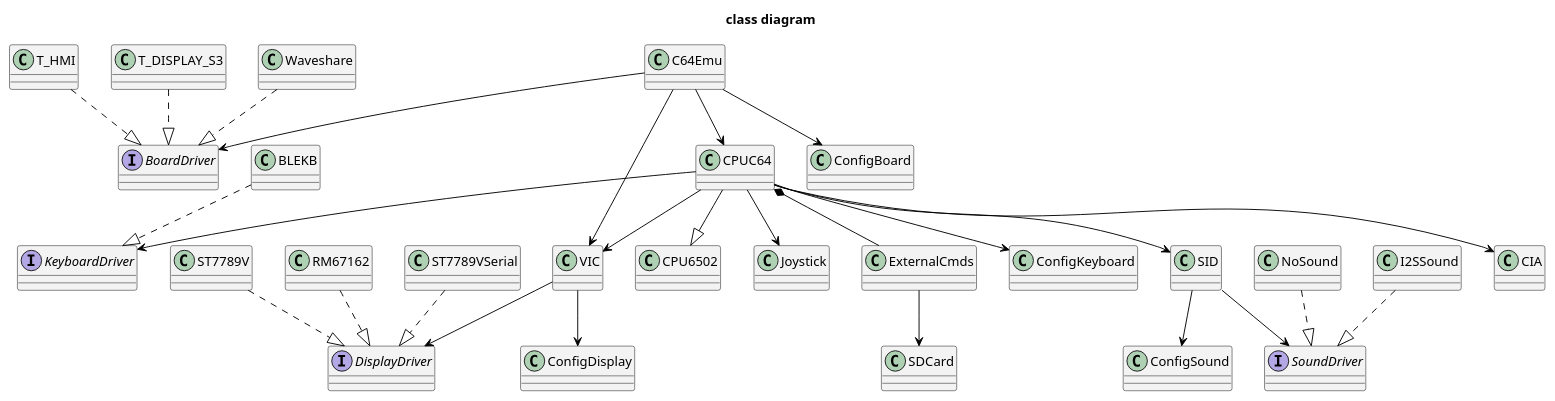
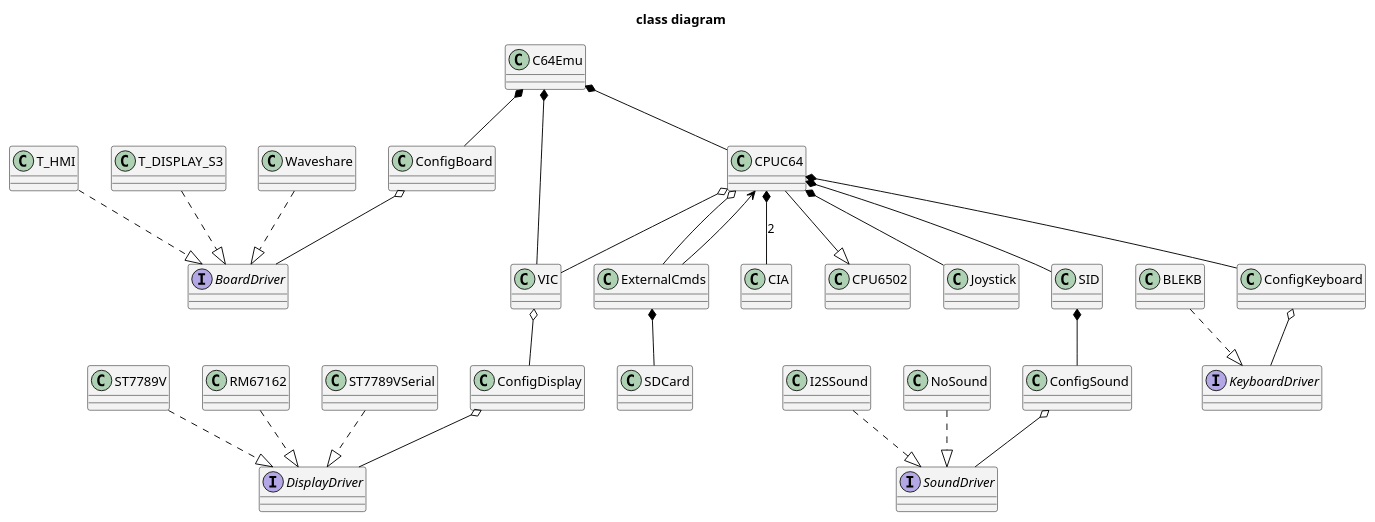
One commit to retroelec/T-HMI-C64 changed the diagram in doc/classdiagram.pu. Above: the diagram before and after it, drawn with PlantUML. The commit also changed 49 other files, not shown here.

```diff
--- a/doc/classdiagram.pu
+++ b/doc/classdiagram.pu
@@ -1,69 +1,73 @@
 @startuml
 title class diagram
 
 skinparam class {
   BackgroundColor #f3f3f3
   ArrowColor Black
   BorderColor Black
 }
 
 interface BoardDriver
 interface DisplayDriver
 interface SoundDriver
 interface KeyboardDriver
 
 class C64Emu
 class CPUC64
 class VIC
 class T_HMI
 class T_DISPLAY_S3
 class Waveshare
 class BLEKB
 class ExternalCmds
 class CIA
 class CPU6502
 class Joystick
 class SID
 class SDCard
 class ST7789V
 class RM67162
 class ST7789VSerial
 class I2SSound
 class NoSound
 class ConfigBoard
 class ConfigDisplay
 class ConfigSound
 class ConfigKeyboard
 
-C64Emu --> CPUC64
-C64Emu --> VIC
-C64Emu --> BoardDriver
-C64Emu --> ConfigBoard
-
 T_HMI ..|> BoardDriver
 T_DISPLAY_S3 ..|> BoardDriver
 Waveshare ..|> BoardDriver
+ConfigBoard o-- BoardDriver
 
-CPUC64 *-- ExternalCmds
-CPUC64 --> CIA
-CPUC64 --|> CPU6502
-CPUC64 --> Joystick
-CPUC64 --> VIC
-CPUC64 --> SID
-CPUC64 --> KeyboardDriver
-CPUC64 --> ConfigKeyboard
+C64Emu *-- CPUC64
+C64Emu *-- VIC
+C64Emu *-- ConfigBoard
 
 BLEKB ..|> KeyboardDriver
+ConfigKeyboard o-- KeyboardDriver
 
-VIC --> DisplayDriver
-VIC --> ConfigDisplay
-SID --> SoundDriver
-SID --> ConfigSound
-ExternalCmds --> SDCard
+CPUC64 --|> CPU6502
+CPUC64 o-- ExternalCmds
+ExternalCmds --> CPUC64
+CPUC64 o-- VIC
+CPUC64 *-- CIA : 2
+CPUC64 *-- Joystick
+CPUC64 *-- SID
+CPUC64 *-- ConfigKeyboard
 
 ST7789V ..|> DisplayDriver
 RM67162 ..|> DisplayDriver
 ST7789VSerial ..|> DisplayDriver
+ConfigDisplay o-- DisplayDriver
+
+VIC o-- ConfigDisplay
+
 I2SSound ..|> SoundDriver
 NoSound ..|> SoundDriver
+ConfigSound o-- SoundDriver
+
+SID *-- ConfigSound
+
+ExternalCmds *-- SDCard
 @enduml
```
